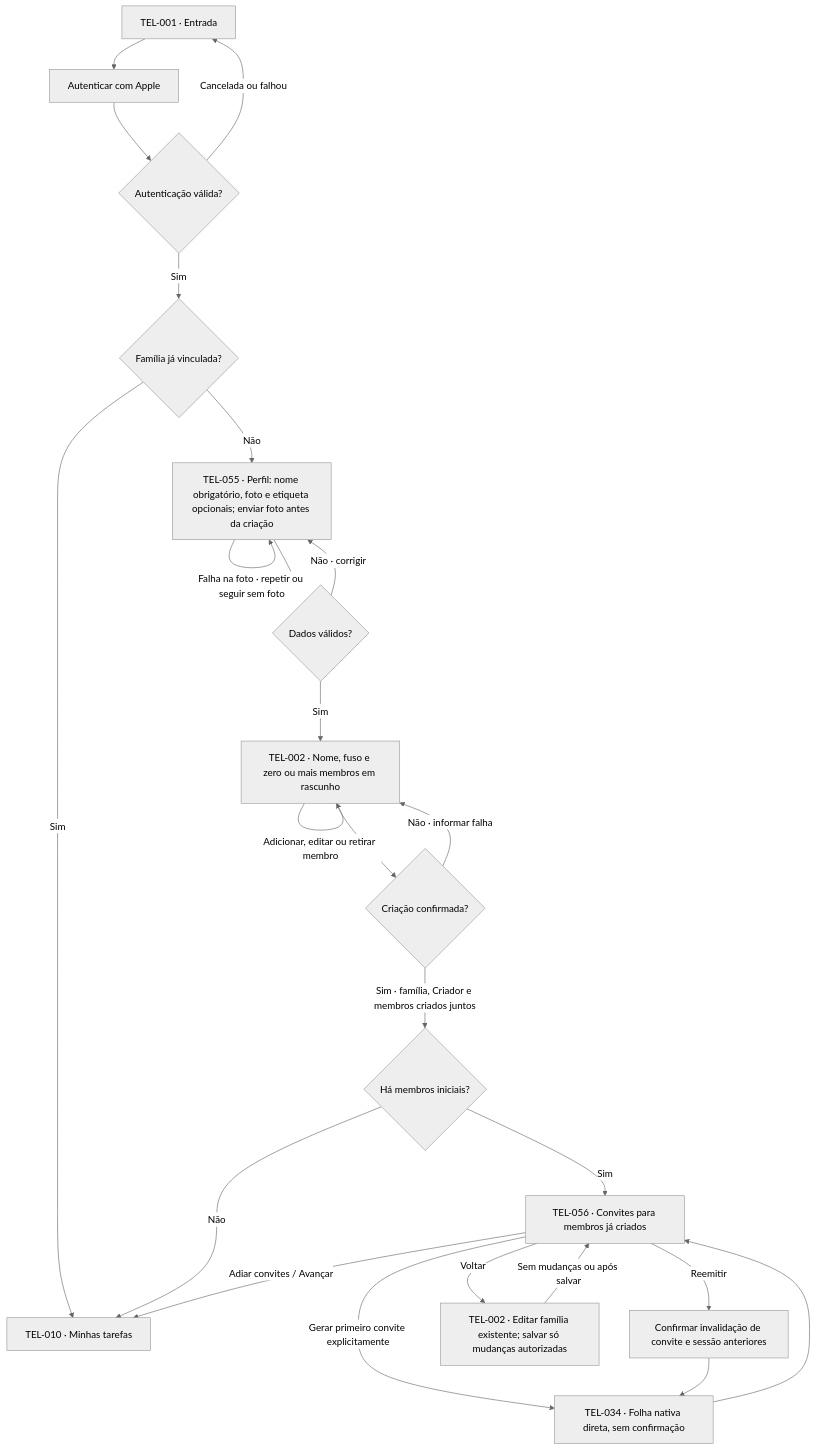
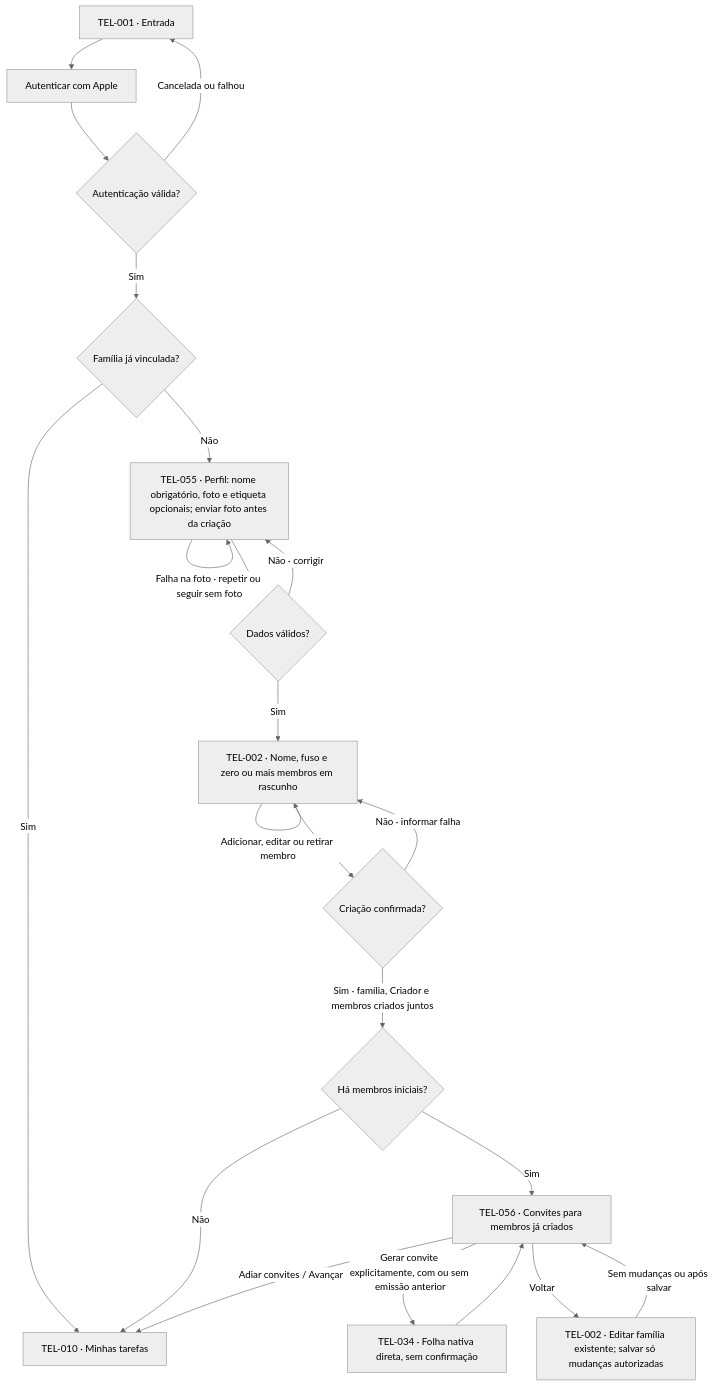
One commit to lizandramalta/App-Rotina-Familiar changed the first of 16 diagrams in docs/design/user-flows.md. Above: the diagram before and after it, drawn with Mermaid (neutral theme). The commit also changed other lines of this file and 38 other files, not shown here.

````diff
--- a/docs/design/user-flows.md
+++ b/docs/design/user-flows.md
@@ -70,26 +70,24 @@
 ```mermaid
 flowchart TD
     A["TEL-001 · Entrada"] --> B["Autenticar com Apple"]
     B --> C{"Autenticação válida?"}
     C -->|Cancelada ou falhou| A
     C -->|Sim| D{"Família já vinculada?"}
     D -->|Sim| H["TEL-010 · Minhas tarefas"]
     D -->|Não| E["TEL-055 · Perfil: nome obrigatório, foto e etiqueta opcionais; enviar foto antes da criação"]
     E -->|Falha na foto · repetir ou seguir sem foto| E
     E --> F{"Dados válidos?"}
     F -->|Não · corrigir| E
     F -->|Sim| G["TEL-002 · Nome, fuso e zero ou mais membros em rascunho"]
     G -->|Adicionar, editar ou retirar membro| G
     G --> I{"Criação confirmada?"}
     I -->|Não · informar falha| G
     I -->|Sim · família, Criador e membros criados juntos| COUNT{"Há membros iniciais?"}
     COUNT -->|Não| H
     COUNT -->|Sim| J["TEL-056 · Convites para membros já criados"]
-    J -->|Gerar primeiro convite explicitamente| M["TEL-034 · Folha nativa direta, sem confirmação"]
-    J -->|Reemitir| R["Confirmar invalidação de convite e sessão anteriores"]
-    R --> M
+    J -->|Gerar convite explicitamente, com ou sem emissão anterior| M["TEL-034 · Folha nativa direta, sem confirmação"]
     M --> J
     J -->|Voltar| EDIT["TEL-002 · Editar família existente; salvar só mudanças autorizadas"]
     EDIT -->|Sem mudanças ou após salvar| J
     J -->|Adiar convites / Avançar| H
 ```
````
